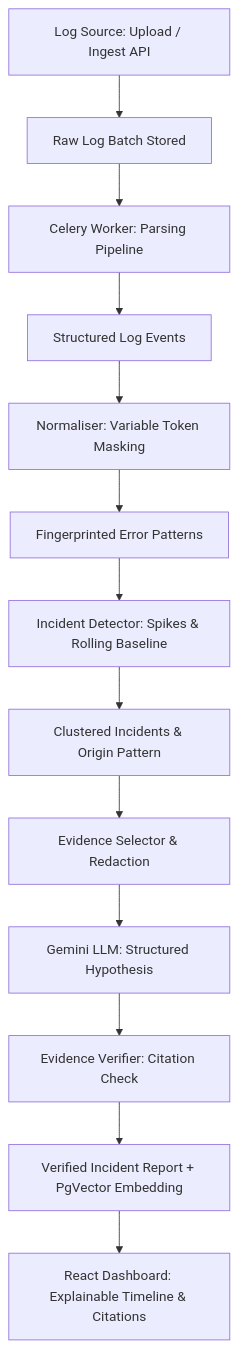
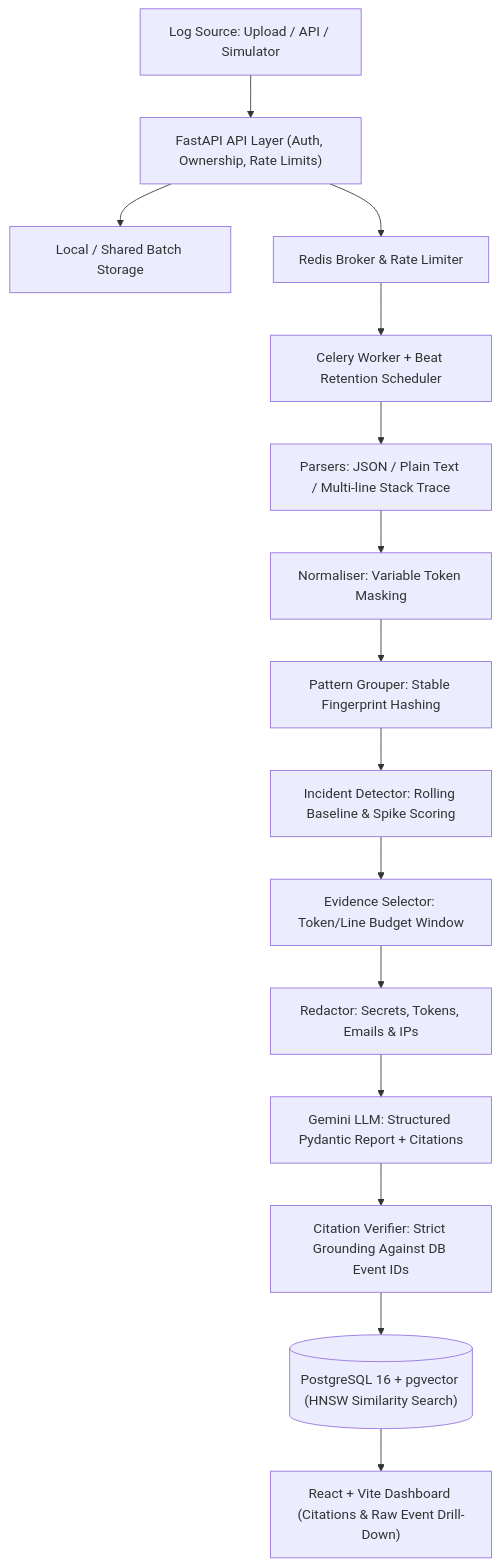
One commit to Saranya-2910/IncidentLens changed the diagram in docs/architecture.md. Above: the diagram before and after it, drawn with Mermaid. The commit also changed other lines of this file and 18 other files, not shown here.

````diff
--- a/docs/architecture.md
+++ b/docs/architecture.md
@@ -7,15 +7,17 @@
 ```mermaid
 flowchart TD
-    LogSource[Log Source: Upload / Ingest API] --> LogBatches[Raw Log Batch Stored]
-    LogBatches --> Worker[Celery Worker: Parsing Pipeline]
-    Worker --> StructuredEvents[Structured Log Events]
-    StructuredEvents --> Normaliser[Normaliser: Variable Token Masking]
-    Normaliser --> ErrorPatterns[Fingerprinted Error Patterns]
-    ErrorPatterns --> Detector[Incident Detector: Spikes & Rolling Baseline]
-    Detector --> Incidents[Clustered Incidents & Origin Pattern]
-    Incidents --> EvidenceSelector[Evidence Selector & Redaction]
-    EvidenceSelector --> LLMClient[Gemini LLM: Structured Hypothesis]
-    LLMClient --> Verifier[Evidence Verifier: Citation Check]
-    Verifier --> Report[Verified Incident Report + PgVector Embedding]
-    Report --> Frontend[React Dashboard: Explainable Timeline & Citations]
+    Source["Log Source: Upload / API / Simulator"] --> API["FastAPI API Layer (Auth, Ownership, Rate Limits)"]
+    API --> Storage["Local / Shared Batch Storage"]
+    API --> Broker["Redis Broker & Rate Limiter"]
+    Broker --> Worker["Celery Worker + Beat Retention Scheduler"]
+    Worker --> Parser["Parsers: JSON / Plain Text / Multi-line Stack Trace"]
+    Parser --> Normaliser["Normaliser: Variable Token Masking"]
+    Normaliser --> Grouper["Pattern Grouper: Stable Fingerprint Hashing"]
+    Grouper --> Detector["Incident Detector: Rolling Baseline & Spike Scoring"]
+    Detector --> Selector["Evidence Selector: Token/Line Budget Window"]
+    Selector --> Redactor["Redactor: Secrets, Tokens, Emails & IPs"]
+    Redactor --> Gemini["Gemini LLM: Structured Pydantic Report + Citations"]
+    Gemini --> Verifier["Citation Verifier: Strict Grounding Against DB Event IDs"]
+    Verifier --> Postgres[("PostgreSQL 16 + pgvector (HNSW Similarity Search)")]
+    Postgres --> Frontend["React + Vite Dashboard (Citations & Raw Event Drill-Down)"]
 ```
````
